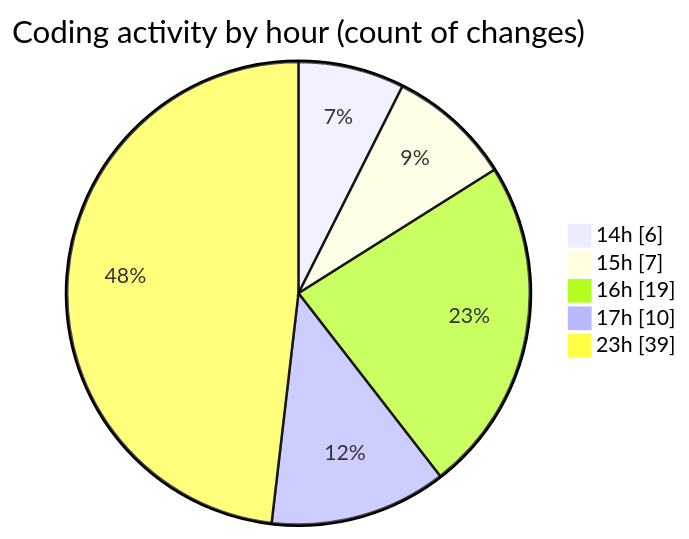
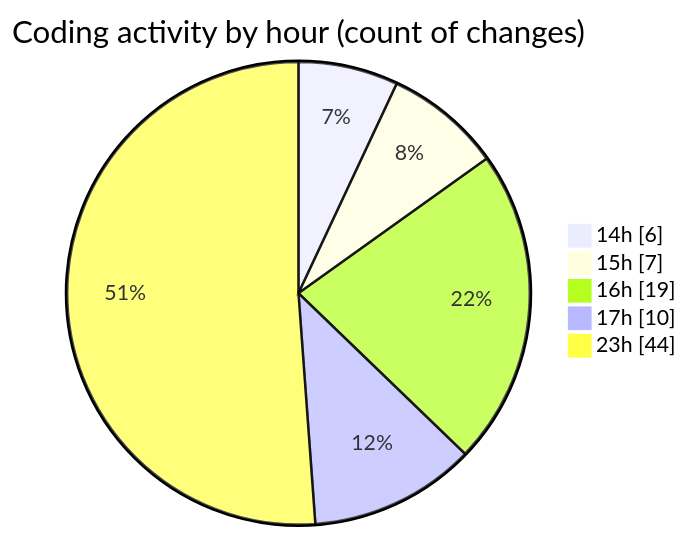
Before and after one commit to igalym/code-tracking: the second of 2 diagrams in 2026-03-30/cinema/README.md, drawn with Mermaid. The commit also changed other lines of this file and 1 other file, not shown here.

````diff
--- a/2026-03-30/cinema/README.md
+++ b/2026-03-30/cinema/README.md
@@ -49,9 +50,9 @@
 ```mermaid
 pie showData
 title Coding activity by hour (count of changes)
 "14h" : 6
 "15h" : 7
 "16h" : 19
 "17h" : 10
-"23h" : 39
+"23h" : 44
 ```
````
